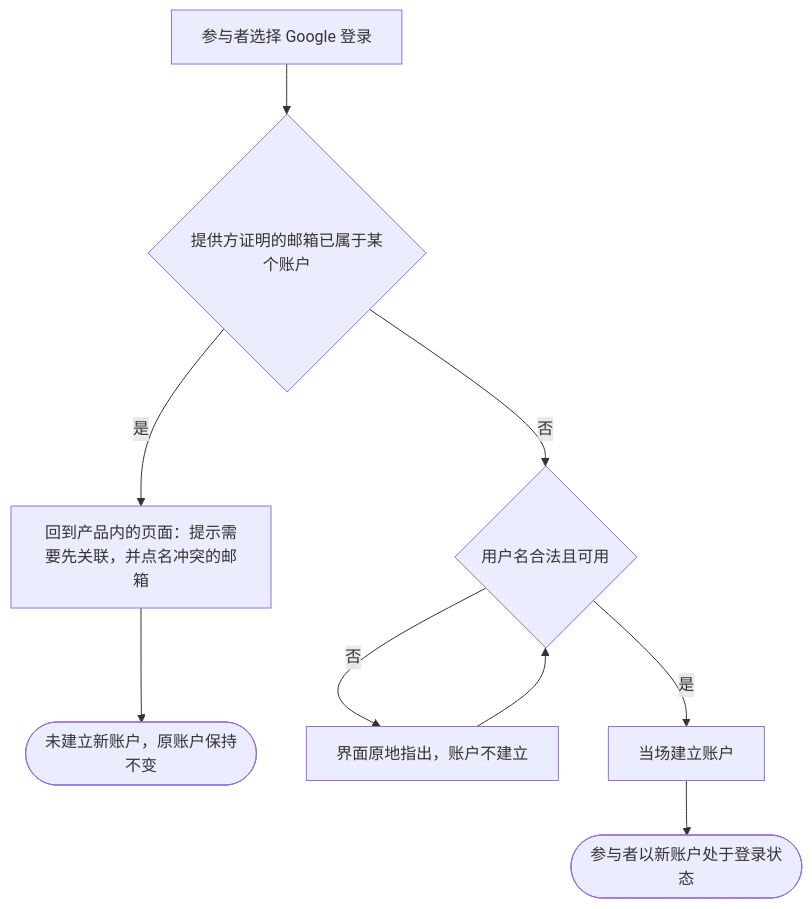
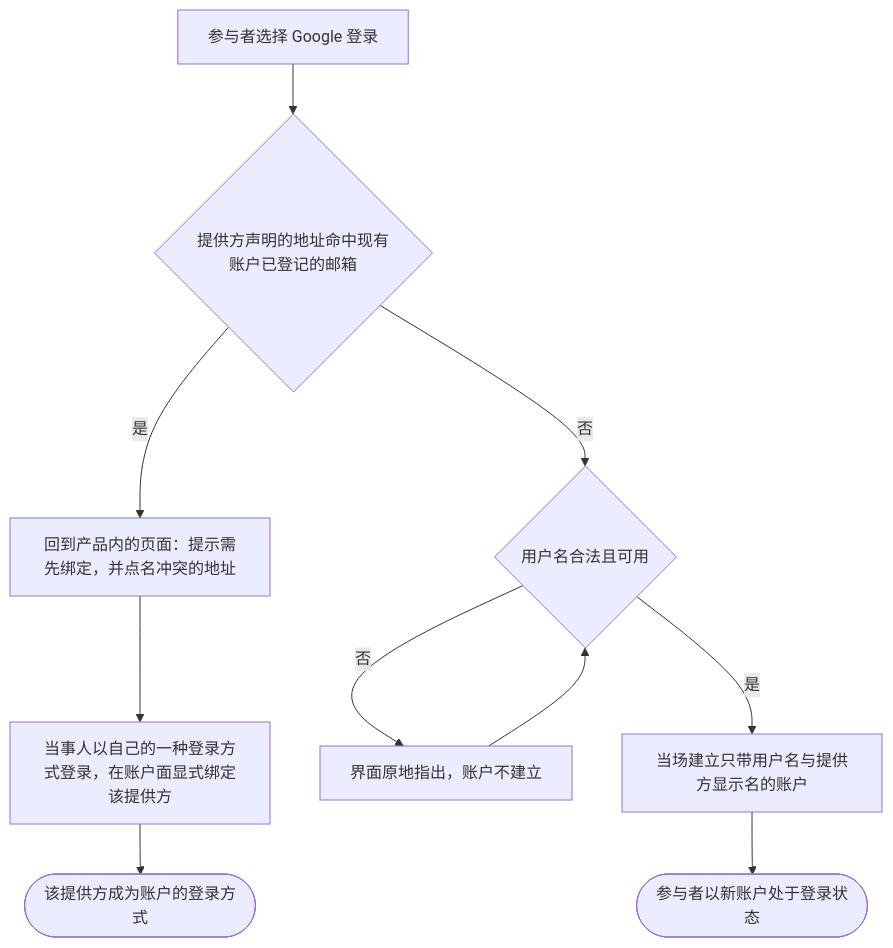
The diagram in docs/prd/journeys/journey-social-sign-in-and-linking.md (wangzw/speed), drawn with Mermaid before and after one commit. The commit also changed other lines of this file and 50 other files, not shown here.

````diff
--- a/docs/prd/journeys/journey-social-sign-in-and-linking.md
+++ b/docs/prd/journeys/journey-social-sign-in-and-linking.md
@@ -35,11 +35,12 @@
 ```mermaid
 flowchart TD
-    A[参与者选择 Google 登录] --> B{提供方证明的邮箱已属于某个账户}
-    B -->|是| E[回到产品内的页面：提示需要先关联，并点名冲突的邮箱]
-    E --> F([未建立新账户，原账户保持不变])
+    A[参与者选择 Google 登录] --> B{提供方声明的地址命中现有账户已登记的邮箱}
+    B -->|是| E[回到产品内的页面：提示需先绑定，并点名冲突的地址]
+    E --> F[当事人以自己的一种登录方式登录，在账户面显式绑定该提供方]
+    F --> G([该提供方成为账户的登录方式])
     B -->|否| U{用户名合法且可用}
     U -->|否| R[界面原地指出，账户不建立]
     R --> U
-    U -->|是| C[当场建立账户]
+    U -->|是| C[当场建立只带用户名与提供方显示名的账户]
     C --> D([参与者以新账户处于登录状态])
 ```
````
